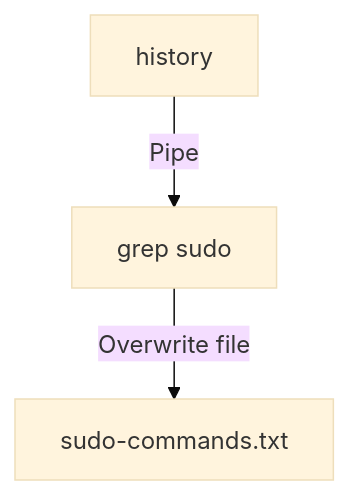
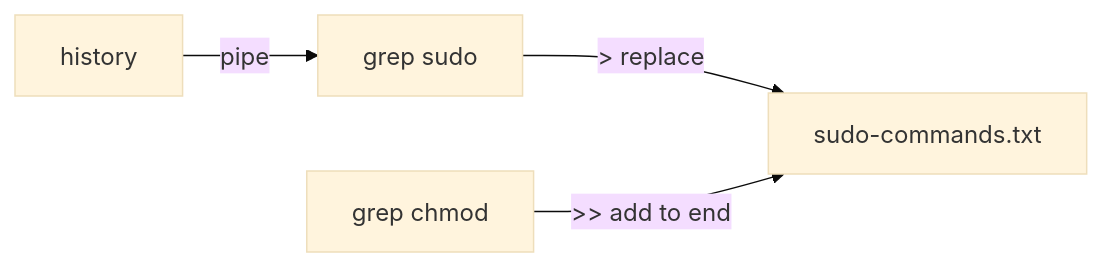
Before and after one commit to RyanM-Dev/My-Summery: the third of 3 diagrams in DevOps/NaNa/Linux/1. Linux Pipes, `grep`, `less`, and Output Redirection.md, drawn with Mermaid (base theme). The commit also changed other lines of this file and 16 other files, not shown here.

````diff
--- a/DevOps/NaNa/Linux/1. Linux Pipes, `grep`, `less`, and Output Redirection.md
+++ b/DevOps/NaNa/Linux/1. Linux Pipes, `grep`, `less`, and Output Redirection.md
@@ -537,8 +148,6 @@
 ```mermaid
-flowchart TD
-    N0["history"]
-    N1["grep sudo"]
-    N2["sudo-commands.txt"]
-    N0 -->|Pipe| N1
-    N1 -->|Overwrite file| N2
+flowchart LR
+    H["history"] -->|pipe| G["grep sudo"]
+    G -->|">  replace"| F["sudo-commands.txt"]
+    G2["grep chmod"] -->|">>  add to end"| F
 ```
````
